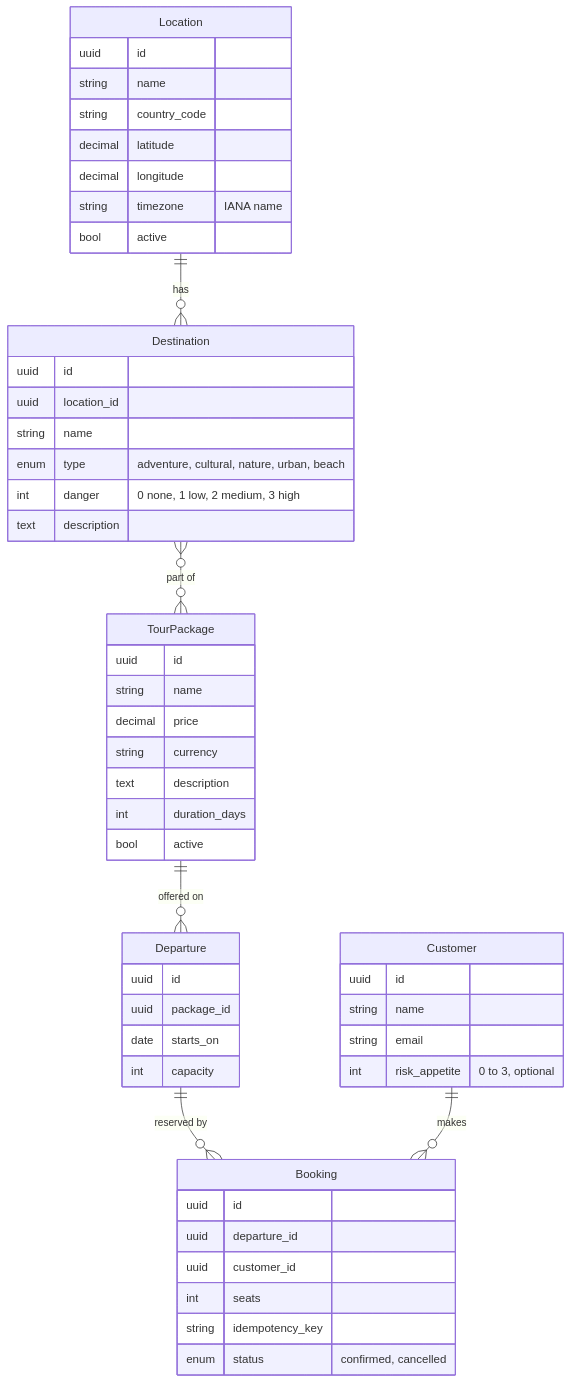
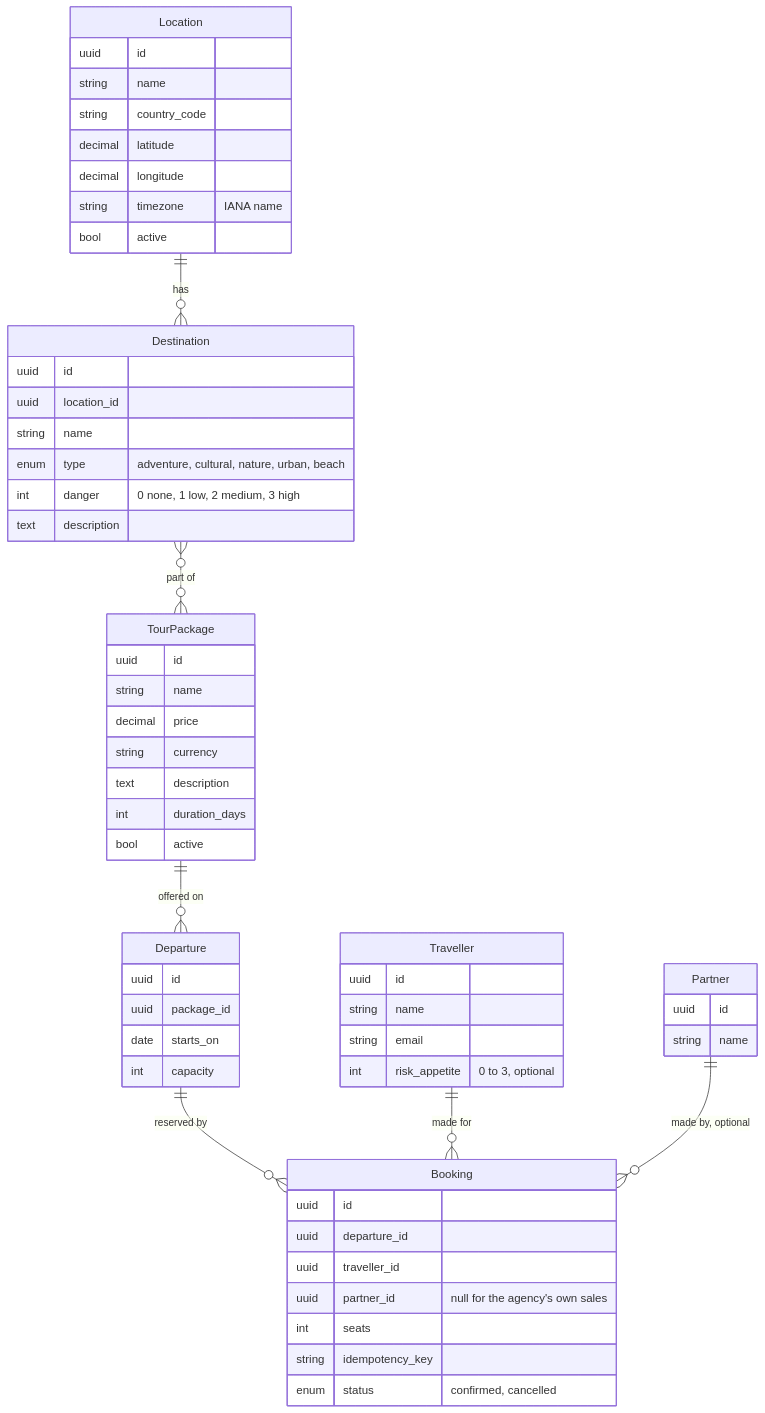
The diagram in docs/03-data-model.md (AlitalipSever/travel-agency), drawn with Mermaid before and after one commit. The commit also changed other lines of this file and 9 other files, not shown here.

````diff
--- a/docs/03-data-model.md
+++ b/docs/03-data-model.md
@@ -7,55 +7,61 @@
 ```mermaid
 erDiagram
   Location ||--o{ Destination : "has"
   Destination }o--o{ TourPackage : "part of"
   TourPackage ||--o{ Departure : "offered on"
   Departure ||--o{ Booking : "reserved by"
-  Customer ||--o{ Booking : "makes"
+  Traveller ||--o{ Booking : "made for"
+  Partner ||--o{ Booking : "made by, optional"
 
   Location {
     uuid id
     string name
     string country_code
     decimal latitude
     decimal longitude
     string timezone "IANA name"
     bool active
   }
   Destination {
     uuid id
     uuid location_id
     string name
     enum type "adventure, cultural, nature, urban, beach"
     int danger "0 none, 1 low, 2 medium, 3 high"
     text description
   }
   TourPackage {
     uuid id
     string name
     decimal price
     string currency
     text description
     int duration_days
     bool active
   }
   Departure {
     uuid id
     uuid package_id
     date starts_on
     int capacity
   }
   Booking {
     uuid id
     uuid departure_id
-    uuid customer_id
+    uuid traveller_id
+    uuid partner_id "null for the agency's own sales"
     int seats
     string idempotency_key
     enum status "confirmed, cancelled"
   }
-  Customer {
+  Traveller {
     uuid id
     string name
     string email
     int risk_appetite "0 to 3, optional"
   }
+  Partner {
+    uuid id
+    string name
+  }
 ```
````
